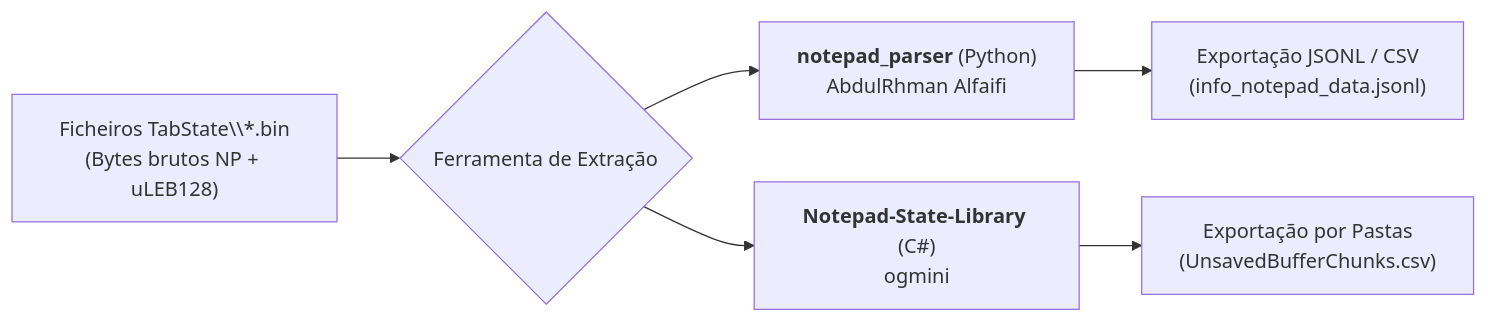
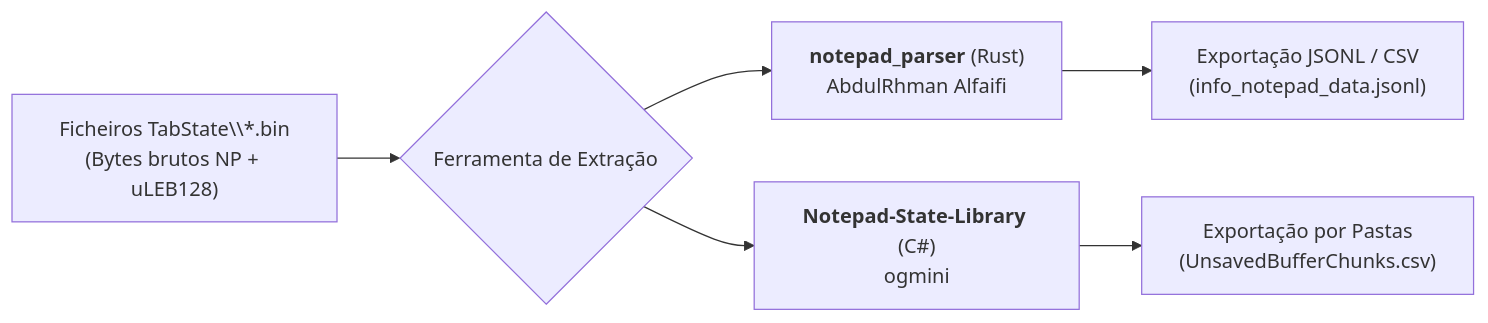
Before and after one commit to IanR0sal3s/MCIF-Vault: the second of 2 diagrams in ASSI/Capítulo 01 - Sistemas Operativos, Serviços e Artefactos/15 - Aplicações Modernas e Matriz Forense/Artefacto Forense do Bloco de Notas (Notepad Windows 11).md, drawn with Mermaid. The commit also changed other lines of this file and 6 other files, not shown here.

Commit message:
feat(assi): corrigir Bloco 15 (notepad_parser Rust) e criar simulador uLEB128/Cronologia

````diff
--- a/ASSI/Capítulo 01 - Sistemas Operativos, Serviços e Artefactos/15 - Aplicações Modernas e Matriz Forense/Artefacto Forense do Bloco de Notas (Notepad Windows 11).md
+++ b/ASSI/Capítulo 01 - Sistemas Operativos, Serviços e Artefactos/15 - Aplicações Modernas e Matriz Forense/Artefacto Forense do Bloco de Notas (Notepad Windows 11).md
@@ -108,10 +108,10 @@
 ```mermaid
 flowchart LR
     BinFiles["Ficheiros TabState\\*.bin<br/>(Bytes brutos NP + uLEB128)"] --> ParserChoice{"Ferramenta de Extração"}
     
-    ParserChoice --> AlFaifi["<b>notepad_parser</b> (Python)<br/>AbdulRhman Alfaifi"]
+    ParserChoice --> AlFaifi["<b>notepad_parser</b> (Rust)<br/>AbdulRhman Alfaifi"]
     ParserChoice --> Ogmini["<b>Notepad-State-Library</b> (C#)<br/>ogmini"]
 
     AlFaifi --> OutJSON["Exportação JSONL / CSV<br/>(info_notepad_data.jsonl)"]
     Ogmini --> OutChunks["Exportação por Pastas<br/>(UnsavedBufferChunks.csv)"]
 ```
````
